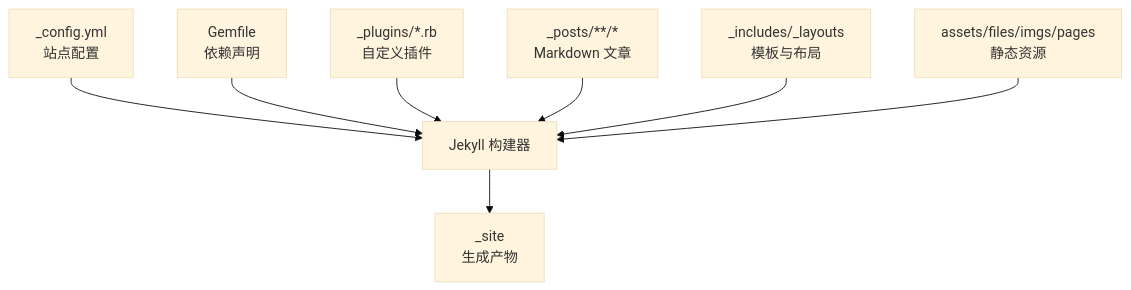
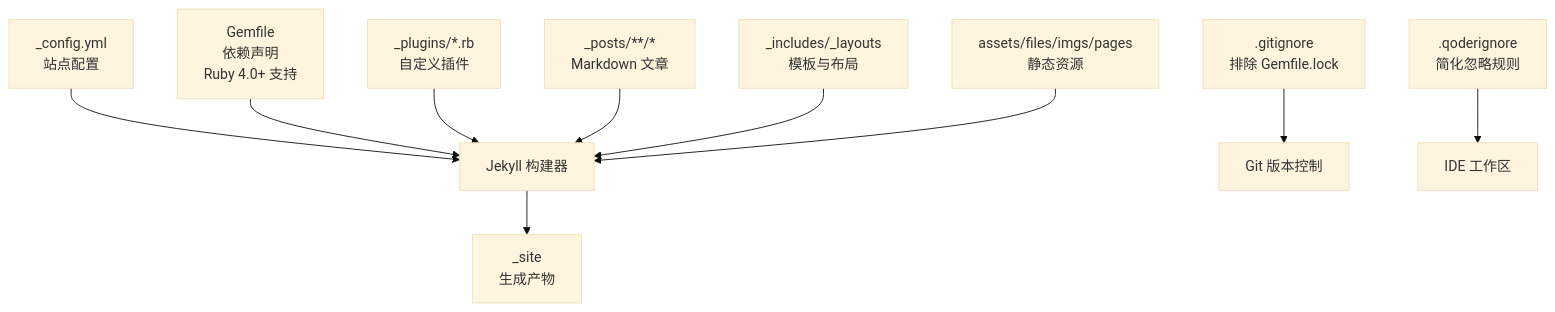
Before and after one commit to LZC6244/lzc6244.github.io: the first of 4 diagrams in .qoder/repowiki/zh/content/部署与维护/GitHub Pages 部署.md, drawn with Mermaid (base theme). The commit also changed other lines of this file and 36 other files, not shown here.

````diff
--- a/.qoder/repowiki/zh/content/部署与维护/GitHub Pages 部署.md
+++ b/.qoder/repowiki/zh/content/部署与维护/GitHub Pages 部署.md
@@ -39,10 +52,12 @@
 ```mermaid
 graph TB
 A["_config.yml<br/>站点配置"] --> B["Jekyll 构建器"]
-C["Gemfile<br/>依赖声明"] --> B
+C["Gemfile<br/>依赖声明<br/>Ruby 4.0+ 支持"] --> B
 D["_plugins/*.rb<br/>自定义插件"] --> B
 E["_posts/**/*<br/>Markdown 文章"] --> B
 F["_includes/_layouts<br/>模板与布局"] --> B
 G["assets/files/imgs/pages<br/>静态资源"] --> B
-B --> H["_site<br/>生成产物"]
+H[".gitignore<br/>排除 Gemfile.lock"] --> I["Git 版本控制"]
+J[".qoderignore<br/>简化忽略规则"] --> K["IDE 工作区"]
+B --> L["_site<br/>生成产物"]
 ```
````
